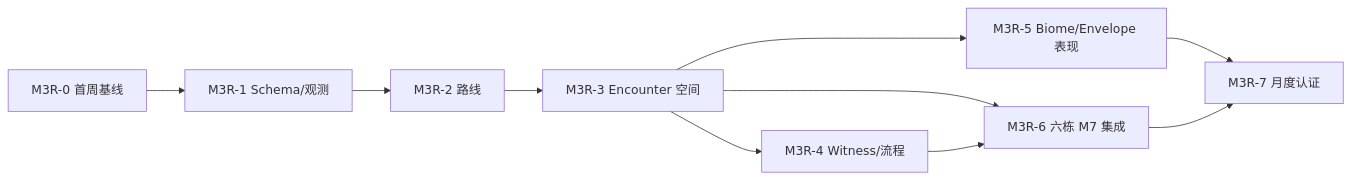
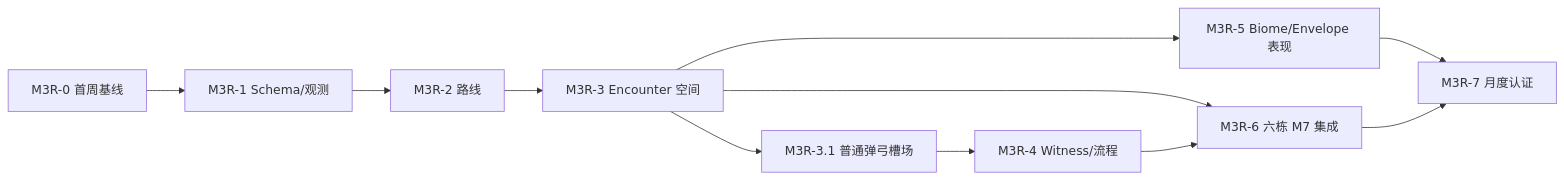
One commit to tclks001/AngryBirdsToSpace changed the second of 2 diagrams in Docs/M3PCGMapImprovementPlan.md. Above: the diagram before and after it, drawn with Mermaid. The commit also changed other lines of this file and 9 other files, not shown here.

````diff
--- a/Docs/M3PCGMapImprovementPlan.md
+++ b/Docs/M3PCGMapImprovementPlan.md
@@ -979,12 +980,13 @@
 ```mermaid
 flowchart LR
     R0[M3R-0 首周基线] --> R1[M3R-1 Schema/观测]
     R1 --> R2[M3R-2 路线]
     R2 --> R3[M3R-3 Encounter 空间]
-    R3 --> R4[M3R-4 Witness/流程]
+    R3 --> R31[M3R-3.1 普通弹弓槽场]
+    R31 --> R4[M3R-4 Witness/流程]
     R3 --> R5[M3R-5 Biome/Envelope 表现]
     R3 --> R6[M3R-6 六栋 M7 集成]
     R4 --> R6
     R5 --> R7[M3R-7 月度认证]
     R6 --> R7
 ```
````
